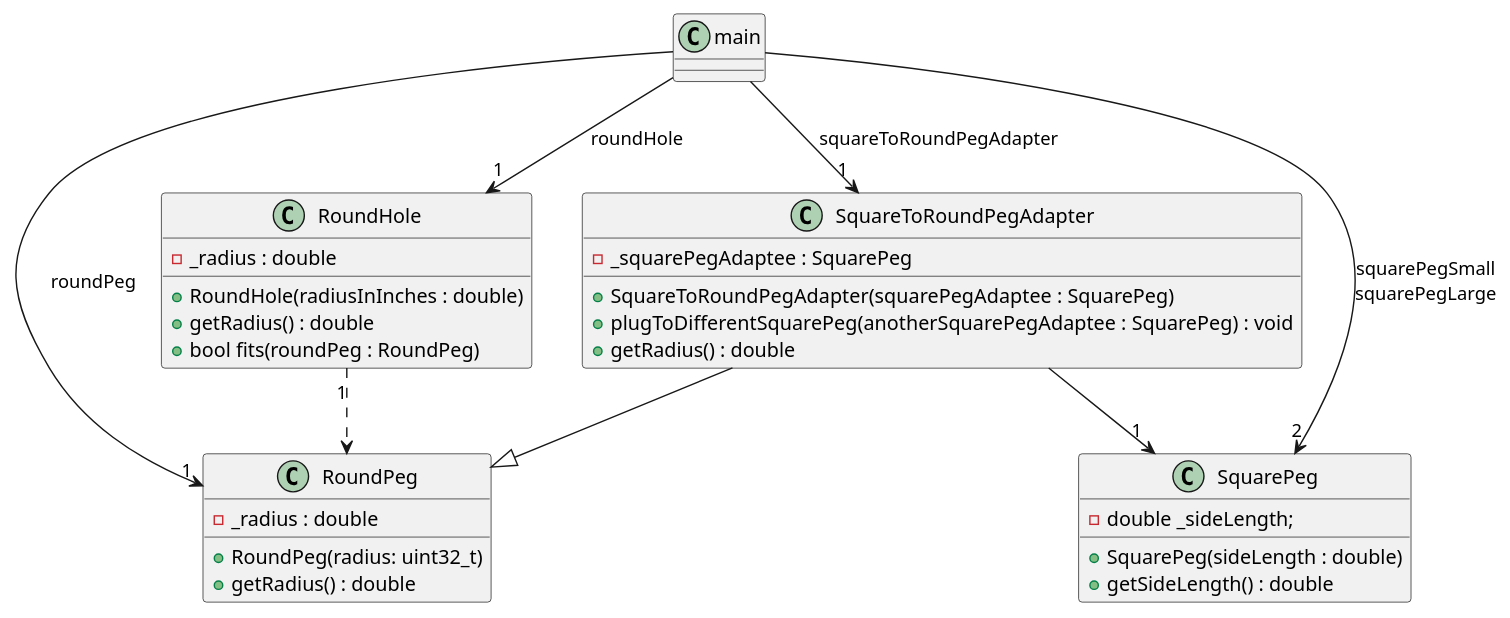
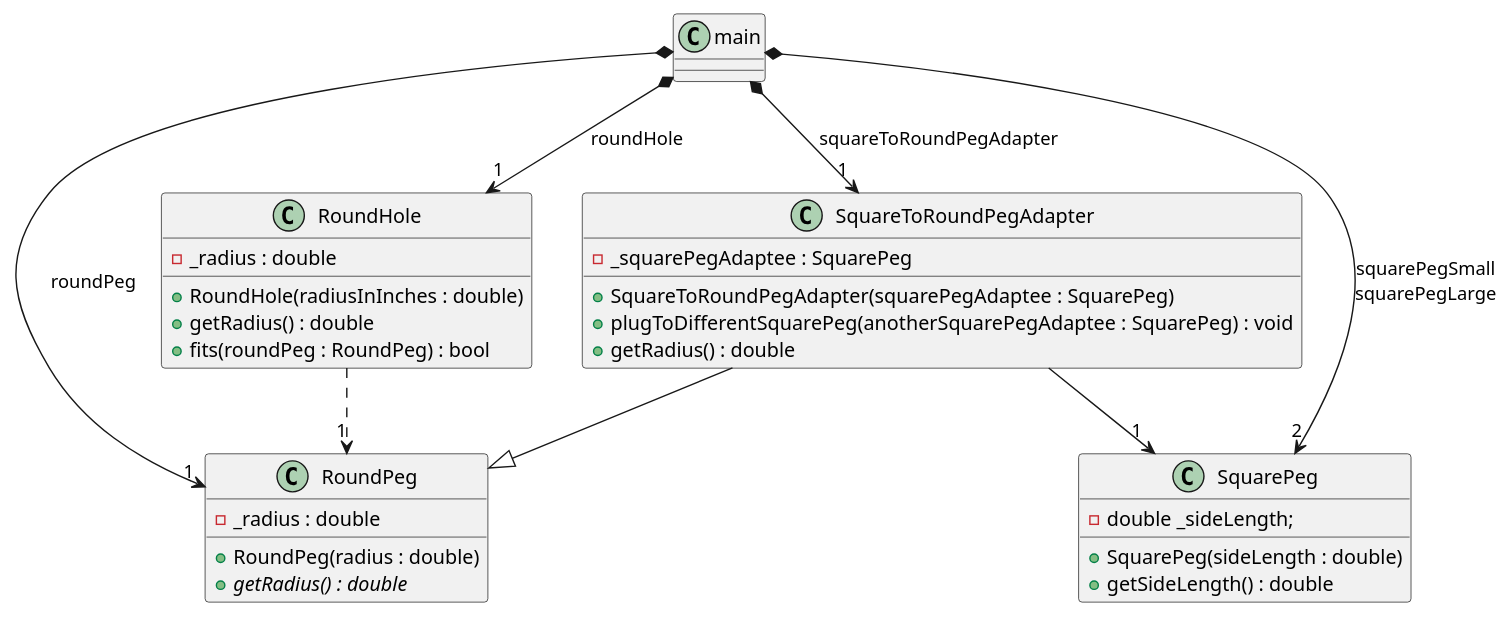
One commit to kyberdrb/CLionProjects changed the diagram in Design_Patterns_CPP/Structural/Adapter/Object_adapter_with_reference_wrapper_with_polymorphism_CPP_14/object_adapter-class_diagram.puml. Above: the diagram before and after it, drawn with PlantUML. The commit also changed 52 other files, not shown here.

```diff
--- a/Design_Patterns_CPP/Structural/Adapter/Object_adapter_with_reference_wrapper_with_polymorphism_CPP_14/object_adapter-class_diagram.puml
+++ b/Design_Patterns_CPP/Structural/Adapter/Object_adapter_with_reference_wrapper_with_polymorphism_CPP_14/object_adapter-class_diagram.puml
@@ -1,47 +1,47 @@
 @startuml
 'https://plantuml.com/class-diagram
 
 class main
 
 class RoundHole {
     + RoundHole(radiusInInches : double)
     + getRadius() : double
-    + bool fits(roundPeg : RoundPeg)
+    + fits(roundPeg : RoundPeg) : bool
 
     - _radius : double
 }
 
-main --> "1" RoundHole : roundHole
-RoundHole "1" ..> RoundPeg
+main *--> "1" RoundHole : roundHole
+RoundHole ..> "1" RoundPeg
 
 class RoundPeg {
-    + RoundPeg(radius: uint32_t)
-    + getRadius() : double
+    + RoundPeg(radius : double)
+    + {abstract} getRadius() : double
 
     - _radius : double
 }
 
-main --> "1" RoundPeg : roundPeg
+main *--> "1" RoundPeg : roundPeg
 
 class SquarePeg {
     + SquarePeg(sideLength : double)
     + getSideLength() : double
 
     - double _sideLength;
 }
 
-main --> "2" SquarePeg : squarePegSmall\nsquarePegLarge
+main *--> "2" SquarePeg : squarePegSmall\nsquarePegLarge
 
 class SquareToRoundPegAdapter {
     + SquareToRoundPegAdapter(squarePegAdaptee : SquarePeg)
     + plugToDifferentSquarePeg(anotherSquarePegAdaptee : SquarePeg) : void
     + getRadius() : double
 
     - _squarePegAdaptee : SquarePeg
 }
 
-main --> "1" SquareToRoundPegAdapter : squareToRoundPegAdapter
+main *--> "1" SquareToRoundPegAdapter : squareToRoundPegAdapter
 SquareToRoundPegAdapter --|> RoundPeg
 SquareToRoundPegAdapter --> "1" SquarePeg
 
 @enduml
```
